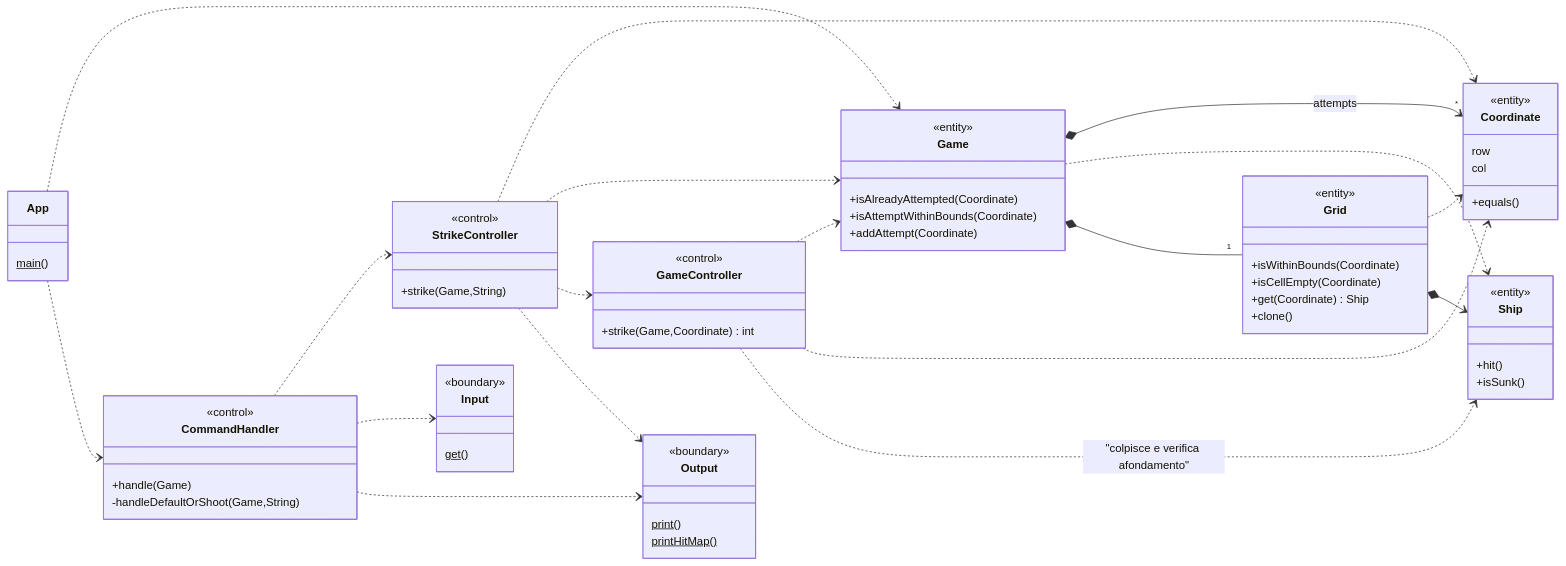
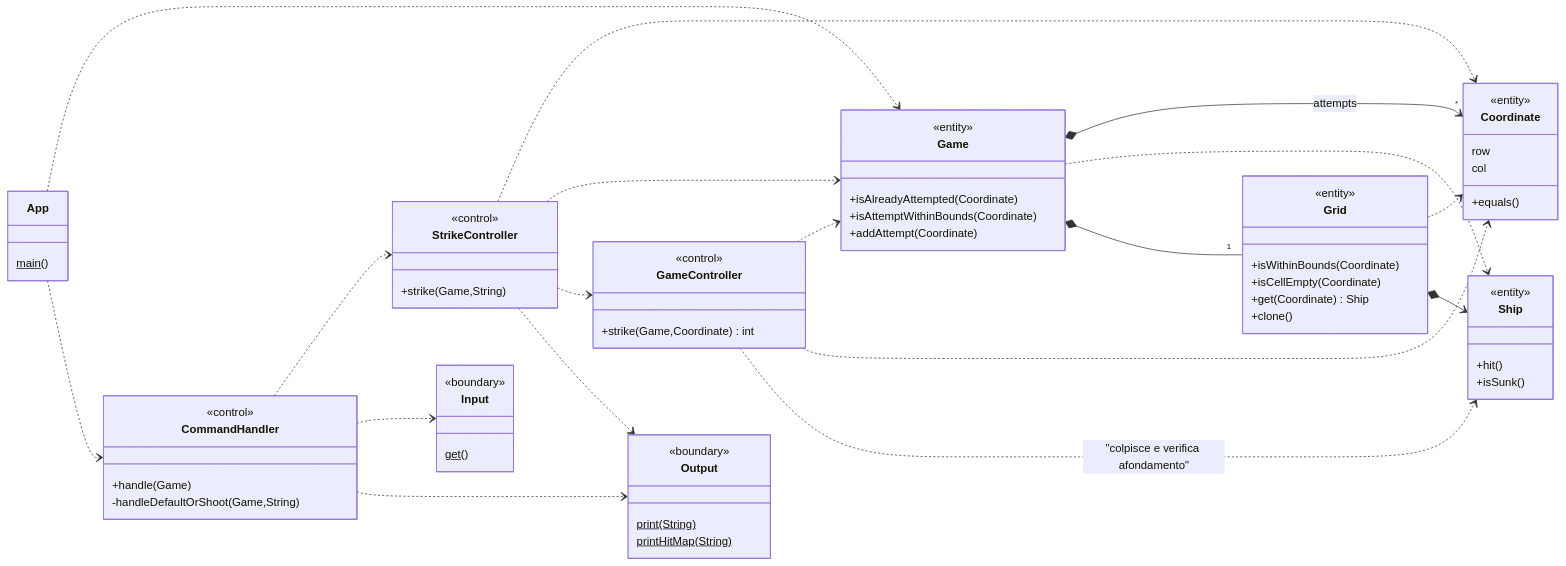
The seventh of 7 diagrams in docs/Report.md (softeng2223-inf-uniba/progetto2223-thacker), drawn with Mermaid before and after one commit. The commit also changed other lines of this file, not shown here.

```diff
--- a/docs/Report.md
+++ b/docs/Report.md
@@ -540,8 +540,8 @@
   App ..> CommandHandler
 
   class Output {
-    print()$
-    printHitMap()$
+    print(String)$
+    printHitMap(String)$
   }
   <<boundary>> Output
 
```
